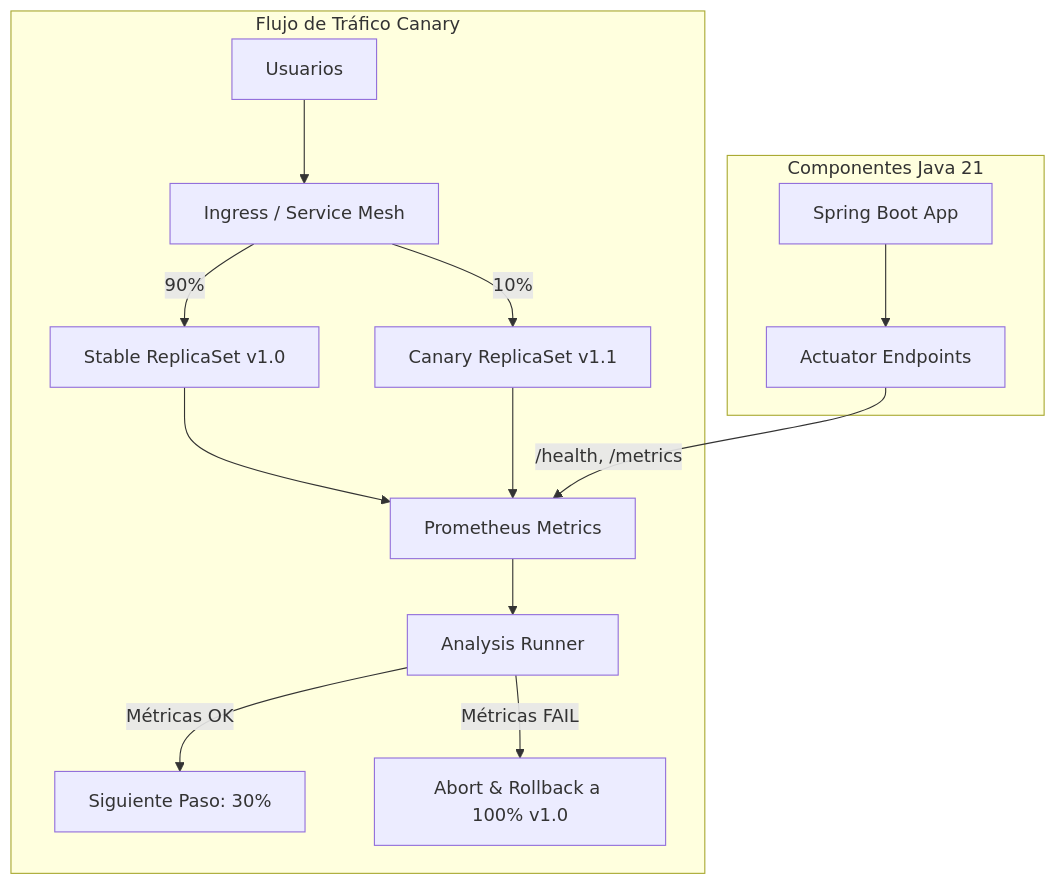
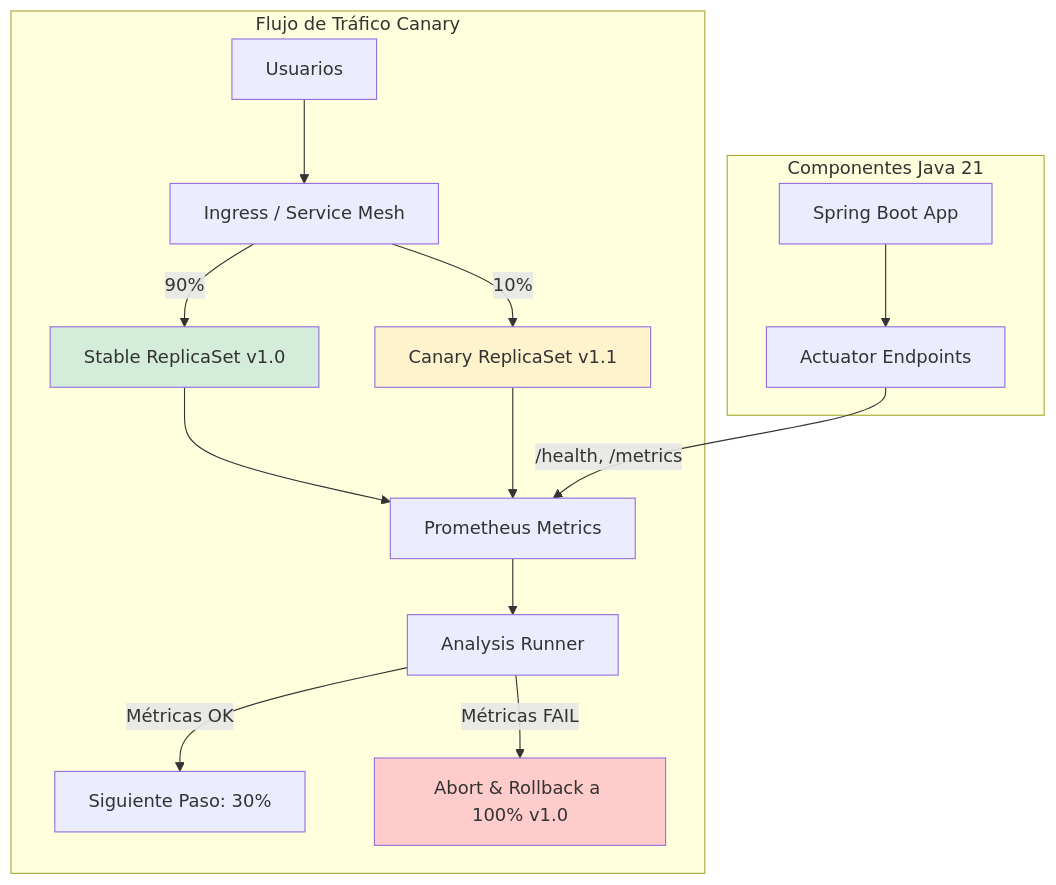
The second of 4 diagrams in 05_SRE_DevOps/patrones_de_despliegue_bluegreen_canary_y_rolling_con_kubernetes_STAFF.md (Joaquinriosheredia/DAM-Java-Mastery), drawn with Mermaid before and after one commit. The commit also changed other lines of this file, not shown here.

Commit message:
patrones_de_despliegue_bluegreen_canary_y_rolling_con_kubernetes_STAFF.md

````diff
--- a/05_SRE_DevOps/patrones_de_despliegue_bluegreen_canary_y_rolling_con_kubernetes_STAFF.md
+++ b/05_SRE_DevOps/patrones_de_despliegue_bluegreen_canary_y_rolling_con_kubernetes_STAFF.md
@@ -96,20 +153,24 @@
 ```mermaid
 graph TD
     subgraph "Flujo de Tráfico Canary"
         USER[Usuarios] --> ING[Ingress / Service Mesh]
         ING -->|90%| STABLE[Stable ReplicaSet v1.0]
         ING -->|10%| CANARY[Canary ReplicaSet v1.1]
         
         STABLE --> MET[Prometheus Metrics]
         CANARY --> MET
         
         MET --> ANAL[Analysis Runner]
         ANAL -->|Métricas OK| NEXT[Siguiente Paso: 30%]
         ANAL -->|Métricas FAIL| ABORT[Abort & Rollback a 100% v1.0]
     end
-
+    
     subgraph "Componentes Java 21"
         APP[Spring Boot App] --> ACT[Actuator Endpoints]
         ACT -->|/health, /metrics| MET
     end
+    
+    style STABLE fill:#d4edda
+    style CANARY fill:#fff3cd
+    style ABORT fill:#ffcccc
 ```
````
